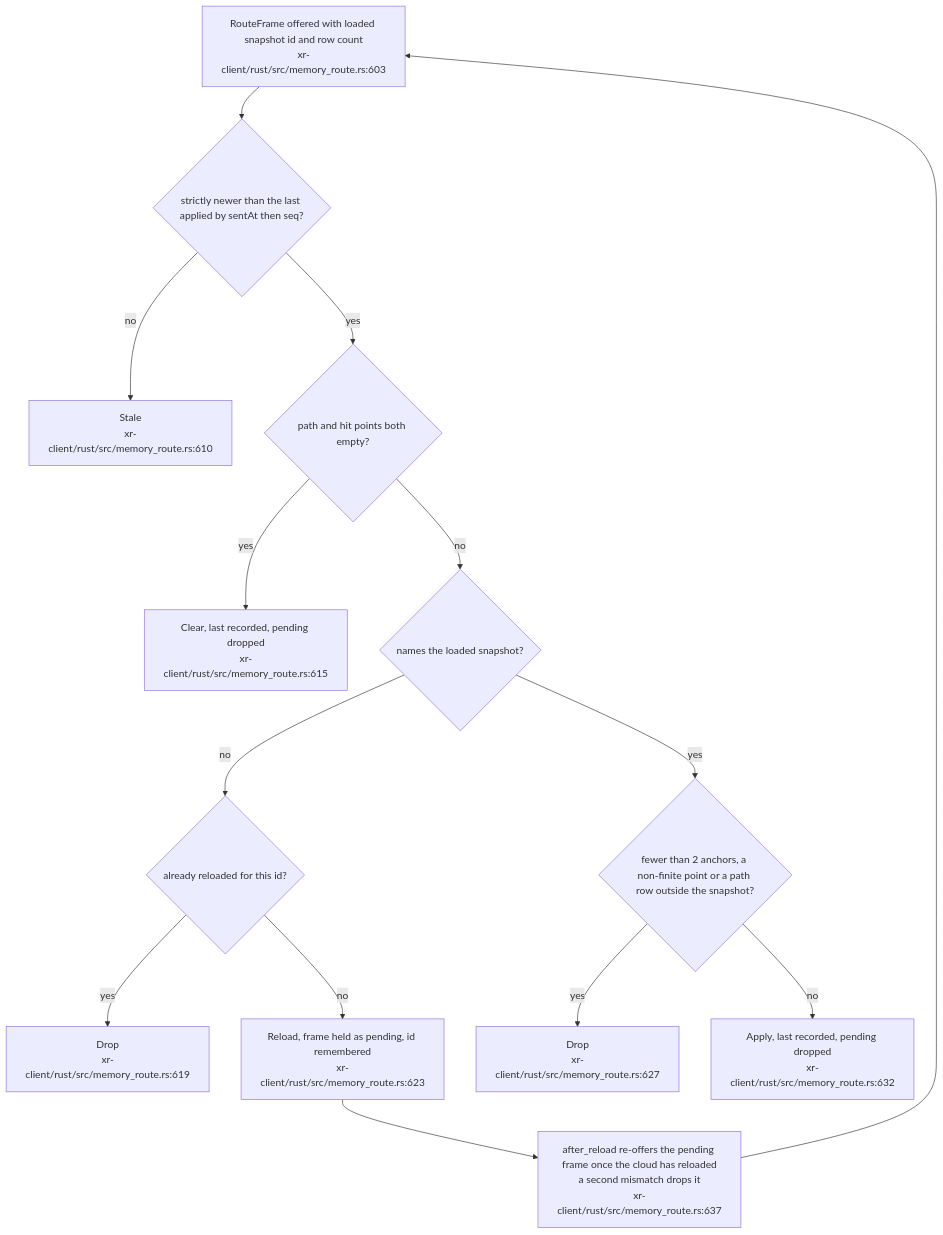
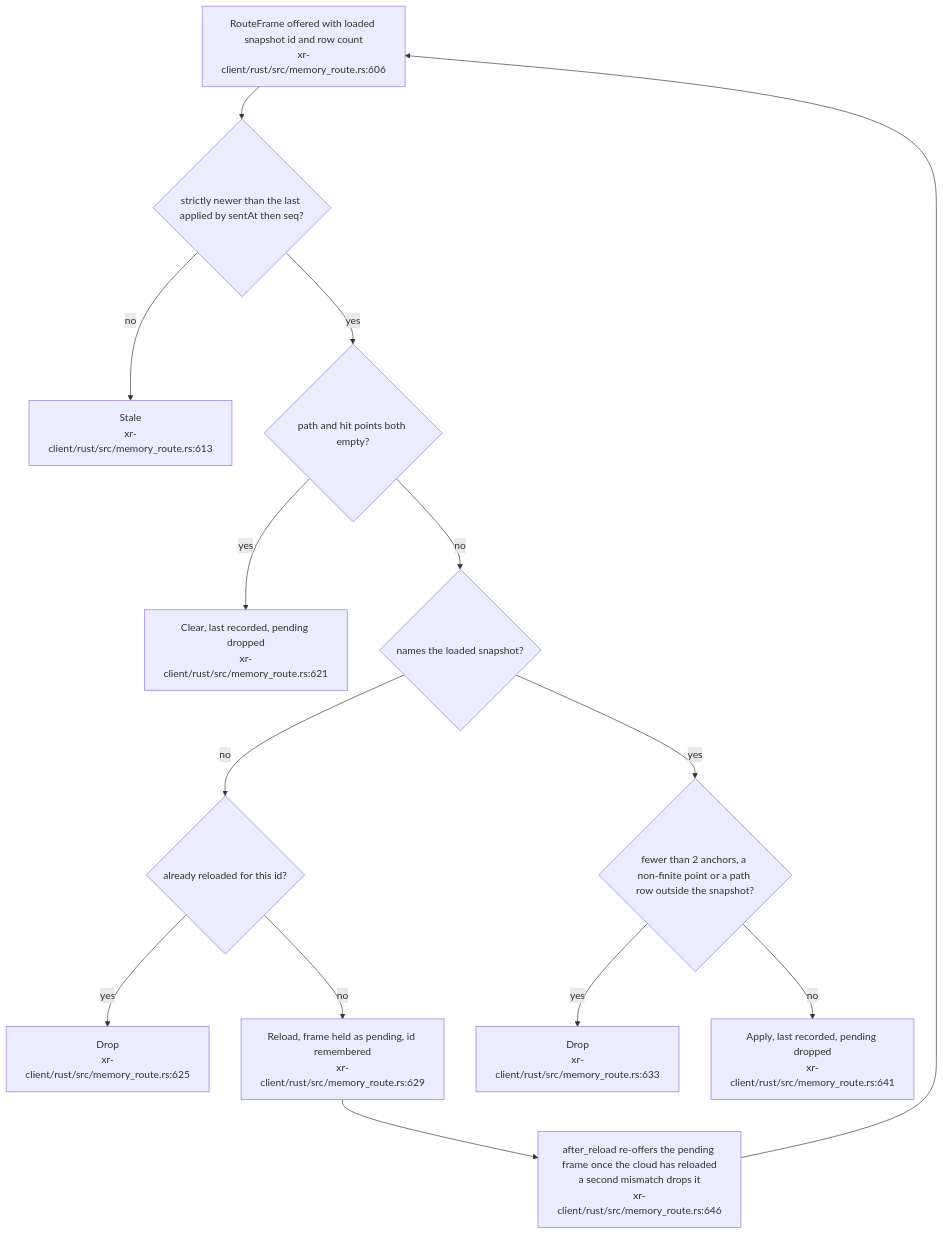
Before and after one commit to DreamLab-AI/VisionFlow: the eighth of 19 diagrams in docs/diagrams/visionclaw/38-xr-memory-cloud-internals.md, drawn with Mermaid. The commit also changed other lines of this file and 160 other files, not shown here.

````diff
--- a/docs/diagrams/visionclaw/38-xr-memory-cloud-internals.md
+++ b/docs/diagrams/visionclaw/38-xr-memory-cloud-internals.md
@@ -345,29 +345,29 @@
 ```mermaid
 flowchart TB
-    IN["RouteFrame offered with loaded snapshot id and row count<br/>xr-client/rust/src/memory_route.rs:603"]
+    IN["RouteFrame offered with loaded snapshot id and row count<br/>xr-client/rust/src/memory_route.rs:606"]
     Q1{"strictly newer than the last applied by sentAt then seq?"}
-    ST["Stale<br/>xr-client/rust/src/memory_route.rs:610"]
+    ST["Stale<br/>xr-client/rust/src/memory_route.rs:613"]
     Q2{"path and hit points both empty?"}
-    CL["Clear, last recorded, pending dropped<br/>xr-client/rust/src/memory_route.rs:615"]
+    CL["Clear, last recorded, pending dropped<br/>xr-client/rust/src/memory_route.rs:621"]
     Q3{"names the loaded snapshot?"}
     Q4{"already reloaded for this id?"}
-    DR1["Drop<br/>xr-client/rust/src/memory_route.rs:619"]
-    RL["Reload, frame held as pending, id remembered<br/>xr-client/rust/src/memory_route.rs:623"]
+    DR1["Drop<br/>xr-client/rust/src/memory_route.rs:625"]
+    RL["Reload, frame held as pending, id remembered<br/>xr-client/rust/src/memory_route.rs:629"]
     Q5{"fewer than 2 anchors, a non-finite point or a path row outside the snapshot?"}
-    DR2["Drop<br/>xr-client/rust/src/memory_route.rs:627"]
-    AP["Apply, last recorded, pending dropped<br/>xr-client/rust/src/memory_route.rs:632"]
-    AR["after_reload re-offers the pending frame once the cloud has reloaded<br/>a second mismatch drops it<br/>xr-client/rust/src/memory_route.rs:637"]
+    DR2["Drop<br/>xr-client/rust/src/memory_route.rs:633"]
+    AP["Apply, last recorded, pending dropped<br/>xr-client/rust/src/memory_route.rs:641"]
+    AR["after_reload re-offers the pending frame once the cloud has reloaded<br/>a second mismatch drops it<br/>xr-client/rust/src/memory_route.rs:646"]
     IN --> Q1
     Q1 -->|no| ST
     Q1 -->|yes| Q2
     Q2 -->|yes| CL
     Q2 -->|no| Q3
     Q3 -->|no| Q4
     Q4 -->|yes| DR1
     Q4 -->|no| RL
     Q3 -->|yes| Q5
     Q5 -->|yes| DR2
     Q5 -->|no| AP
     RL --> AR
     AR --> IN
 ```
````
